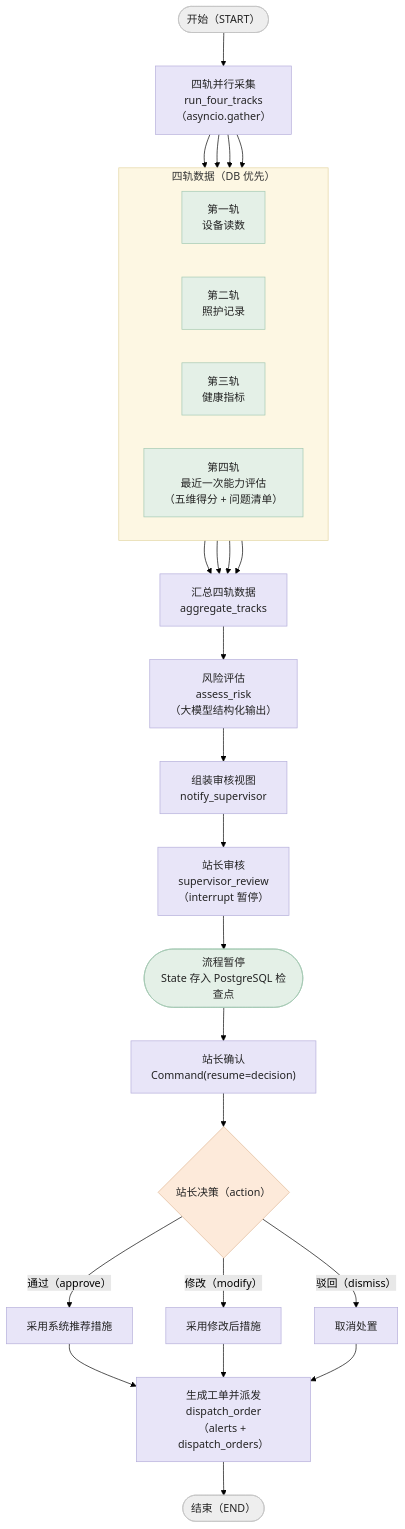
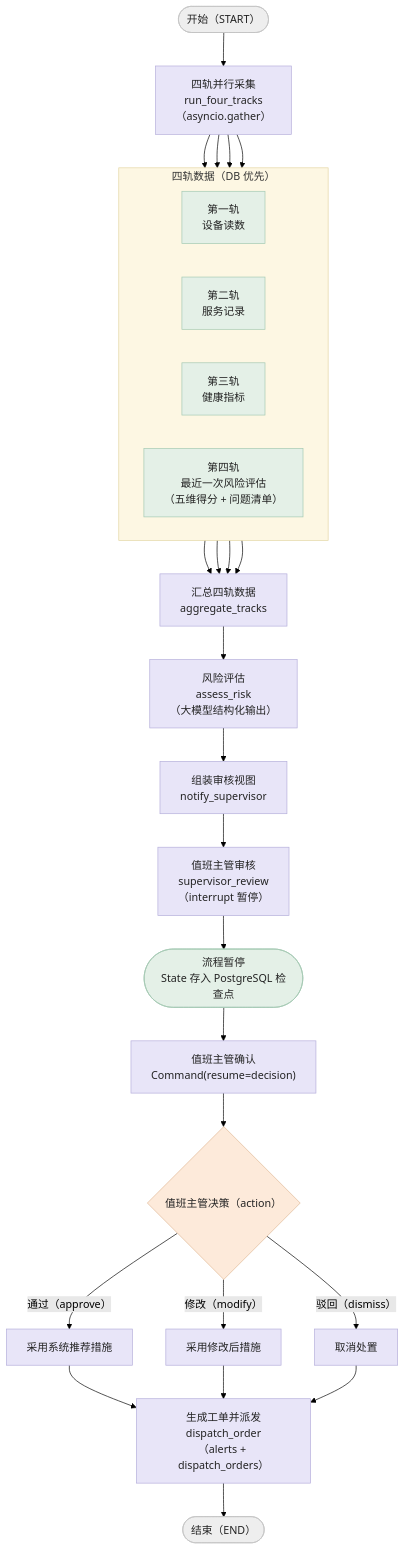
The sixth of 13 diagrams in 文档/架构流程图.md (sysyan321-alt/fieldops-agent), drawn with Mermaid (forest theme) before and after one commit. The commit also changed other lines of this file and 109 other files, not shown here.

````diff
--- a/文档/架构流程图.md
+++ b/文档/架构流程图.md
@@ -280,47 +280,47 @@
 ```mermaid
 flowchart TD
     S(["开始（START）"]) --> T["四轨并行采集<br/>run_four_tracks<br/>（asyncio.gather）"]
 
     subgraph TRACKS["四轨数据（DB 优先）"]
         direction LR
         T1["第一轨<br/>设备读数"]
-        T2["第二轨<br/>照护记录"]
+        T2["第二轨<br/>服务记录"]
         T3["第三轨<br/>健康指标"]
-        T4["第四轨<br/>最近一次能力评估<br/>（五维得分 + 问题清单）"]
+        T4["第四轨<br/>最近一次风险评估<br/>（五维得分 + 问题清单）"]
     end
 
     T --> T1
     T --> T2
     T --> T3
     T --> T4
     T1 --> AGG["汇总四轨数据<br/>aggregate_tracks"]
     T2 --> AGG
     T3 --> AGG
     T4 --> AGG
 
     AGG --> RISK["风险评估<br/>assess_risk<br/>（大模型结构化输出）"]
     RISK --> NOTIFY["组装审核视图<br/>notify_supervisor"]
-    NOTIFY --> REVIEW["站长审核<br/>supervisor_review<br/>（interrupt 暂停）"]
+    NOTIFY --> REVIEW["值班主管审核<br/>supervisor_review<br/>（interrupt 暂停）"]
     REVIEW --> PAUSE(["流程暂停<br/>State 存入 PostgreSQL 检查点"])
-    PAUSE --> RESUME["站长确认<br/>Command(resume=decision)"]
+    PAUSE --> RESUME["值班主管确认<br/>Command(resume=decision)"]
 
-    RESUME --> APPLY{"站长决策（action）"}
+    RESUME --> APPLY{"值班主管决策（action）"}
     APPLY -->|"通过（approve）"| AI["采用系统推荐措施"]
     APPLY -->|"修改（modify）"| MOD["采用修改后措施"]
     APPLY -->|"驳回（dismiss）"| NONE["取消处置"]
 
     AI --> DISPATCH["生成工单并派发<br/>dispatch_order<br/>（alerts + dispatch_orders）"]
     MOD --> DISPATCH
     NONE --> DISPATCH
     DISPATCH --> E(["结束（END）"])
 
     style TRACKS fill:#fdf7e3,stroke:#e3d6a3,stroke-width:1px
     classDef proc fill:#e8e5f8,stroke:#b4adda,color:#232323
     classDef decision fill:#fdeada,stroke:#e0b795,color:#232323
     classDef store fill:#e4f0e7,stroke:#a2c8b1,color:#232323
     classDef term fill:#eeeeee,stroke:#c4c4c4,color:#232323
     class T,AGG,RISK,NOTIFY,REVIEW,RESUME,AI,MOD,NONE,DISPATCH proc
     class APPLY decision
     class T1,T2,T3,T4,PAUSE store
     class S,E term
 ```
````
